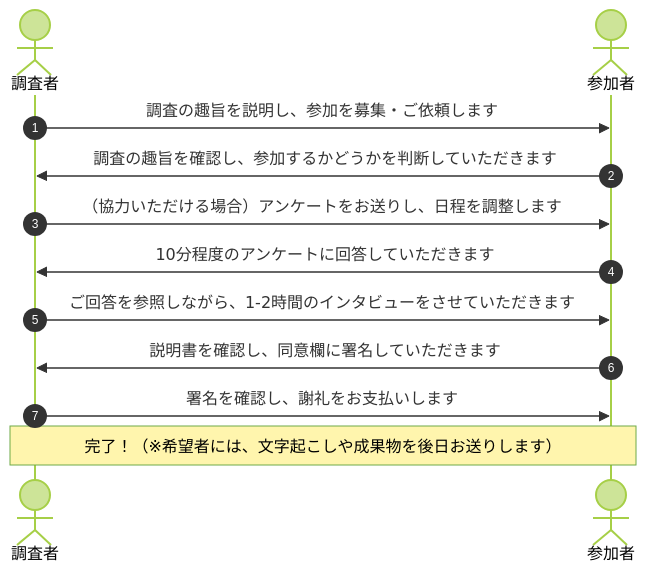
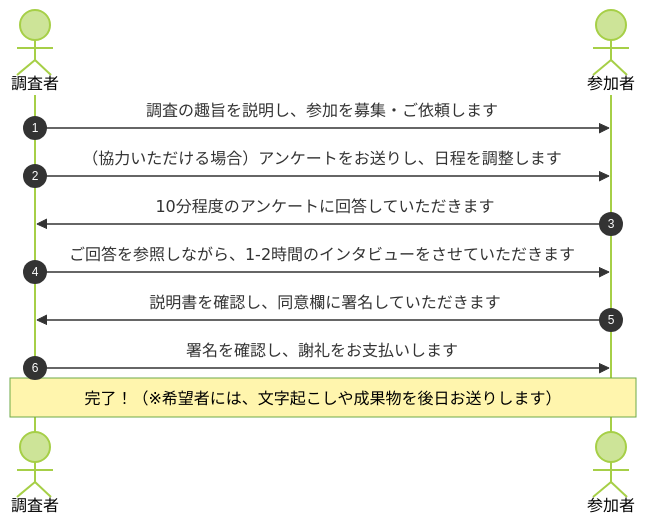
The diagram in prj-youth.qmd (yaaruga/hp), drawn with Mermaid (forest theme) before and after one commit. The commit also changed other lines of this file and 7 other files, not shown here.

````diff
--- a/prj-youth.qmd
+++ b/prj-youth.qmd
@@ -88,14 +78,13 @@
 ```{mermaid}
 sequenceDiagram
   autonumber
   actor 調査者
   actor 参加者
   調査者 ->> 参加者: 調査の趣旨を説明し、参加を募集・ご依頼します
-  参加者 ->> 調査者: 調査の趣旨を確認し、参加するかどうかを判断していただきます
   調査者 ->> 参加者: （協力いただける場合）アンケートをお送りし、日程を調整します
   参加者 ->> 調査者: 10分程度のアンケートに回答していただきます
   調査者 ->> 参加者: ご回答を参照しながら、1-2時間のインタビューをさせていただきます
   参加者 ->> 調査者: 説明書を確認し、同意欄に署名していただきます
   調査者 ->> 参加者: 署名を確認し、謝礼をお支払いします
   Note over 調査者, 参加者: 完了！（※希望者には、文字起こしや成果物を後日お送りします）
 ```
````
